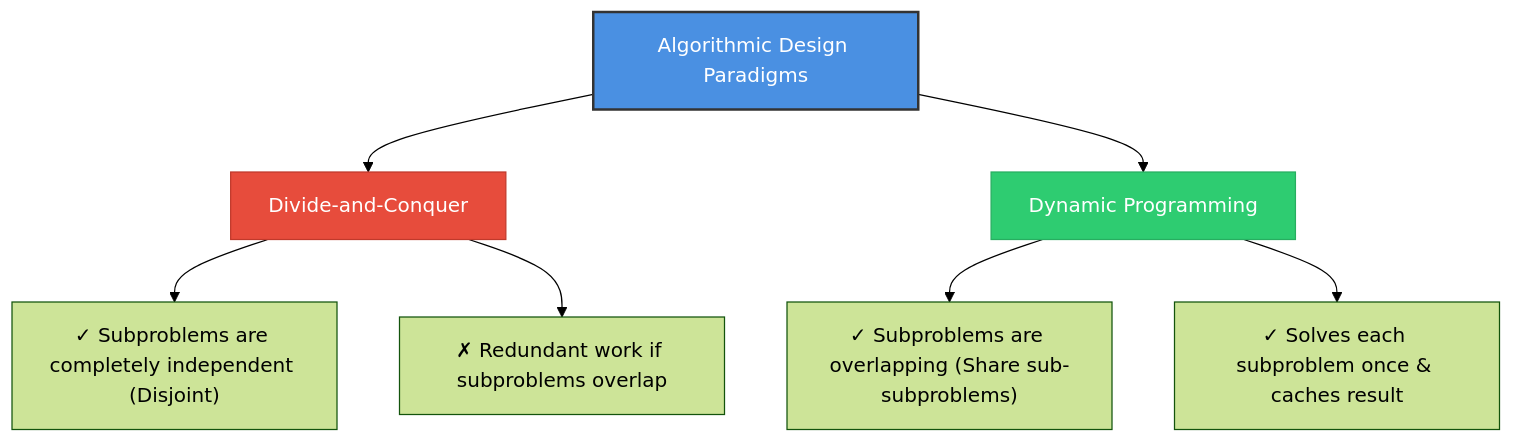
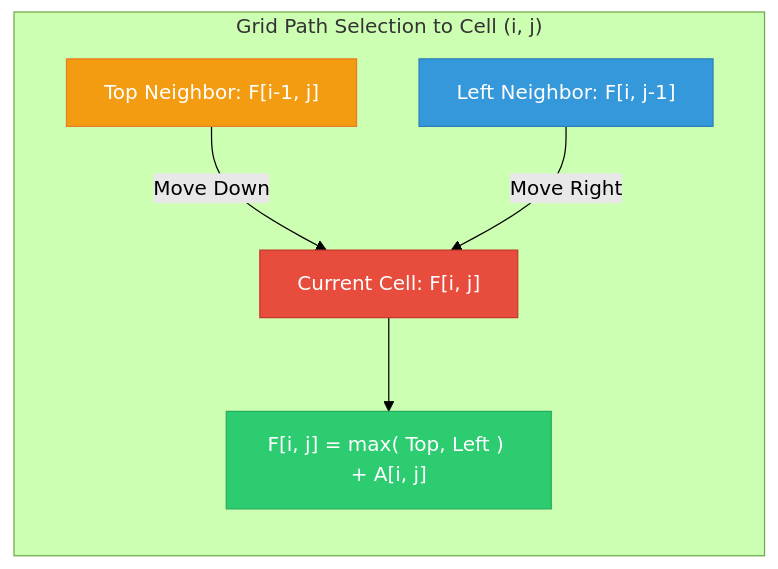
One commit to M-F-Tushar/CSE-2201-2202-Algorithm-Design-and-Analysis-Sessional changed the fifth of 10 diagrams in Chapter 8 - Dynamic Programming/README.md. Above: the diagram before and after it, drawn with Mermaid (forest theme). The commit also changed other lines of this file, not shown here.

Commit message:
fix mermaind diagram

````diff
--- a/Chapter 8 - Dynamic Programming/README.md
+++ b/Chapter 8 - Dynamic Programming/README.md
@@ -38,15 +408,15 @@
 ```mermaid
 graph TD
-    A[Algorithmic Design Paradigms] --> B[Divide-and-Conquer]
-    A --> C[Dynamic Programming]
-    
-    B --> B1["✓ Subproblems are completely independent (Disjoint)"]
-    B --> B2["✗ Redundant work if subproblems overlap"]
-    
-    C --> C1["✓ Subproblems are overlapping (Share sub-subproblems)"]
-    C --> C2["✓ Solves each subproblem once & caches result"]
-    
-    style A fill:#4A90E2,stroke:#333,stroke-width:2px,color:#fff
-    style B fill:#e74c3c,stroke:#c0392b,color:#fff
-    style C fill:#2ecc71,stroke:#27ae60,color:#fff
+    subgraph "Grid Path Selection to Cell (i, j)"
+        direction TB
+        Top["Top Neighbor: F[i-1, j]"] -->|Move Down| Current["Current Cell: F[i, j]"]
+        Left["Left Neighbor: F[i, j-1]"] -->|Move Right| Current
+        
+        Current --> Formula["F[i, j] = max( Top, Left ) + A[i, j]"]
+        
+        style Top fill:#f39c12,stroke:#e67e22,color:#fff
+        style Left fill:#3498db,stroke:#2980b9,color:#fff
+        style Current fill:#e74c3c,stroke:#c0392b,color:#fff
+        style Formula fill:#2ecc71,stroke:#27ae60,color:#fff
+    end
 ```
````
